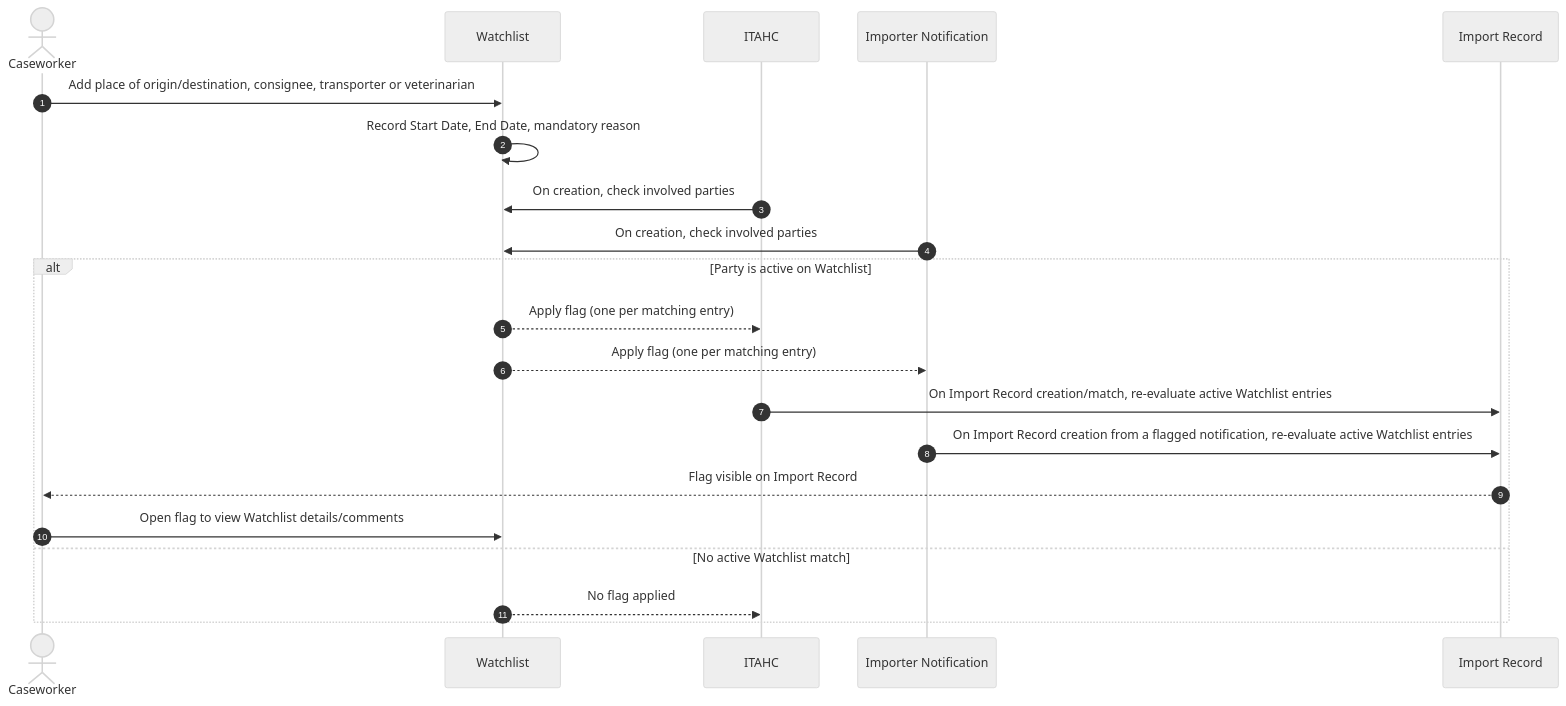
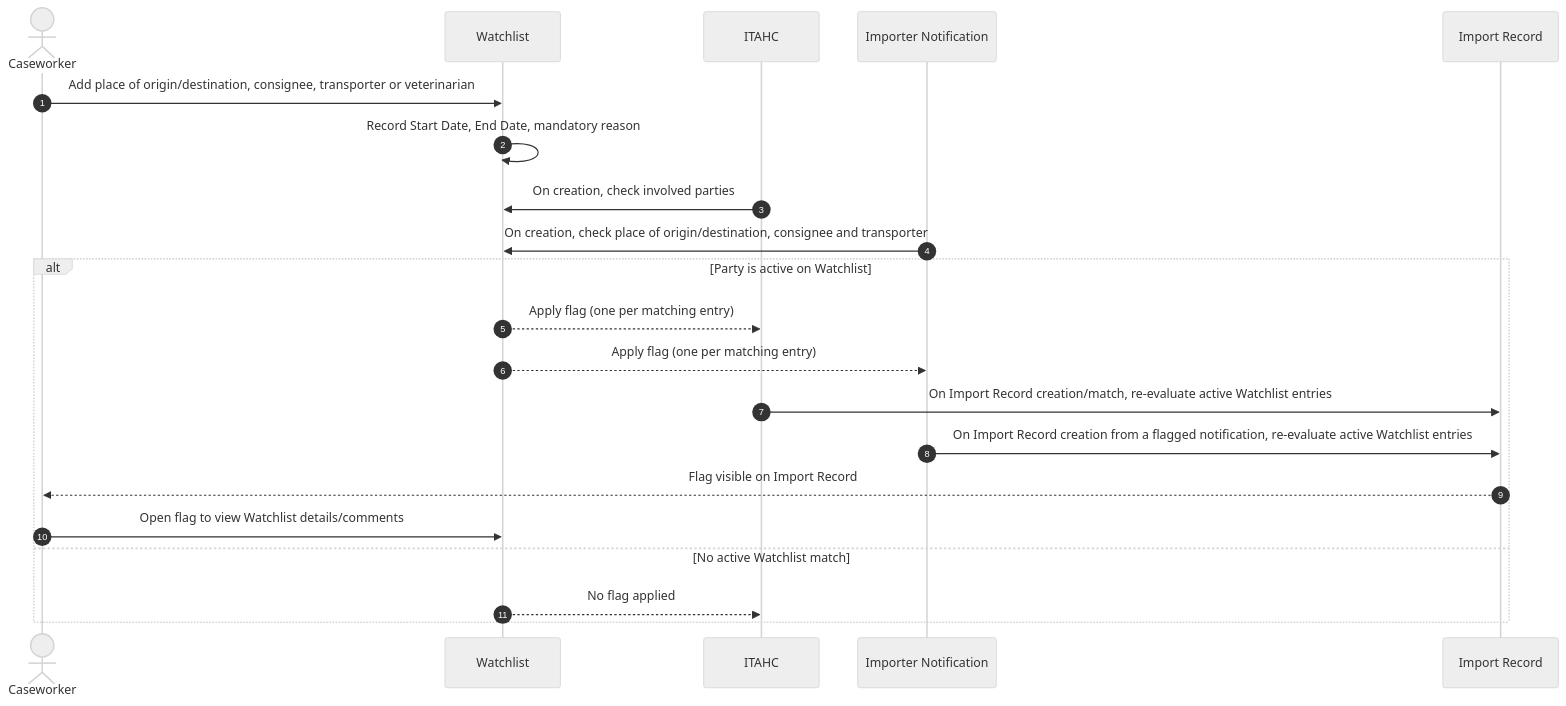
One commit to DEFRA/trade-imports-pims changed the eighth of 8 diagrams in docs/requirements/diagrams/sequence-diagrams.md. Above: the diagram before and after it, drawn with Mermaid (neutral theme).

Commit message:
Potential fix for pull request finding 'Importer notification checks incorrectly include veterinarian entries'

````diff
--- a/docs/requirements/diagrams/sequence-diagrams.md
+++ b/docs/requirements/diagrams/sequence-diagrams.md
@@ -210,24 +210,24 @@
 ```mermaid
 sequenceDiagram
     autonumber
     actor CW as Caseworker
     participant WL as Watchlist
     participant ITAHC as ITAHC
     participant IN as Importer Notification
     participant IR as Import Record
 
     CW->>WL: Add place of origin/destination, consignee, transporter or veterinarian
     WL->>WL: Record Start Date, End Date, mandatory reason
     ITAHC->>WL: On creation, check involved parties
-    IN->>WL: On creation, check involved parties
+    IN->>WL: On creation, check place of origin/destination, consignee and transporter
     alt Party is active on Watchlist
         WL-->>ITAHC: Apply flag (one per matching entry)
         WL-->>IN: Apply flag (one per matching entry)
         ITAHC->>IR: On Import Record creation/match, re-evaluate active Watchlist entries
         IN->>IR: On Import Record creation from a flagged notification, re-evaluate active Watchlist entries
         IR-->>CW: Flag visible on Import Record
         CW->>WL: Open flag to view Watchlist details/comments
     else No active Watchlist match
         WL-->>ITAHC: No flag applied
     end
 ```
````
